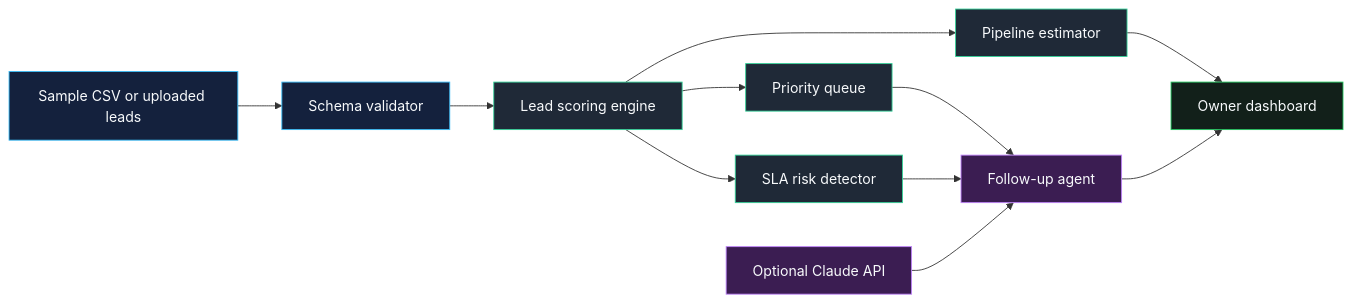
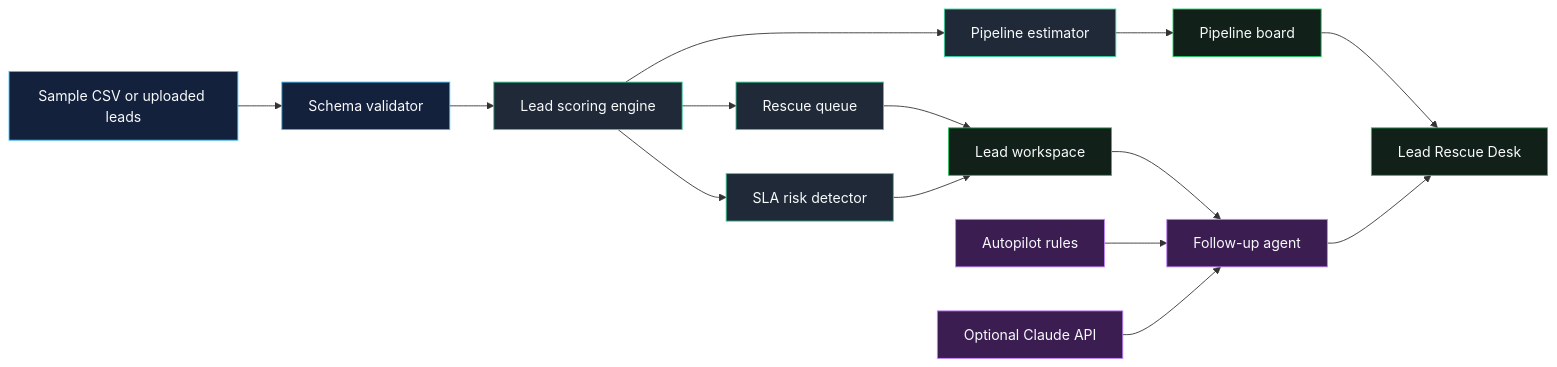
Before and after one commit to Robertcurzon/aristotle-lead-guardian: the diagram in README.md, drawn with Mermaid. The commit also changed other lines of this file and 5 other files, not shown here.

Commit message:
Redesign as lead rescue desk

````diff
--- a/README.md
+++ b/README.md
@@ -25,22 +28,25 @@
 ```mermaid
 flowchart LR
     A["Sample CSV or uploaded leads"] --> B["Schema validator"]
     B --> C["Lead scoring engine"]
-    C --> D["Priority queue"]
+    C --> D["Rescue queue"]
     C --> E["SLA risk detector"]
     C --> F["Pipeline estimator"]
-    D --> G["Follow-up agent"]
+    D --> G["Lead workspace"]
     E --> G
-    F --> H["Owner dashboard"]
-    G --> H
-    I["Optional Claude API"] --> G
+    F --> H["Pipeline board"]
+    G --> I["Follow-up agent"]
+    J["Autopilot rules"] --> I
+    K["Optional Claude API"] --> I
+    H --> L["Lead Rescue Desk"]
+    I --> L
 
     classDef data fill:#14213d,stroke:#38bdf8,color:#f8fafc;
     classDef engine fill:#1f2937,stroke:#34d399,color:#f8fafc;
     classDef agent fill:#3b1d52,stroke:#c084fc,color:#f8fafc;
     classDef app fill:#12201a,stroke:#22c55e,color:#f8fafc;
     class A,B data;
     class C,D,E,F engine;
-    class G,I agent;
-    class H app;
+    class I,J,K agent;
+    class G,H,L app;
 ```
````
